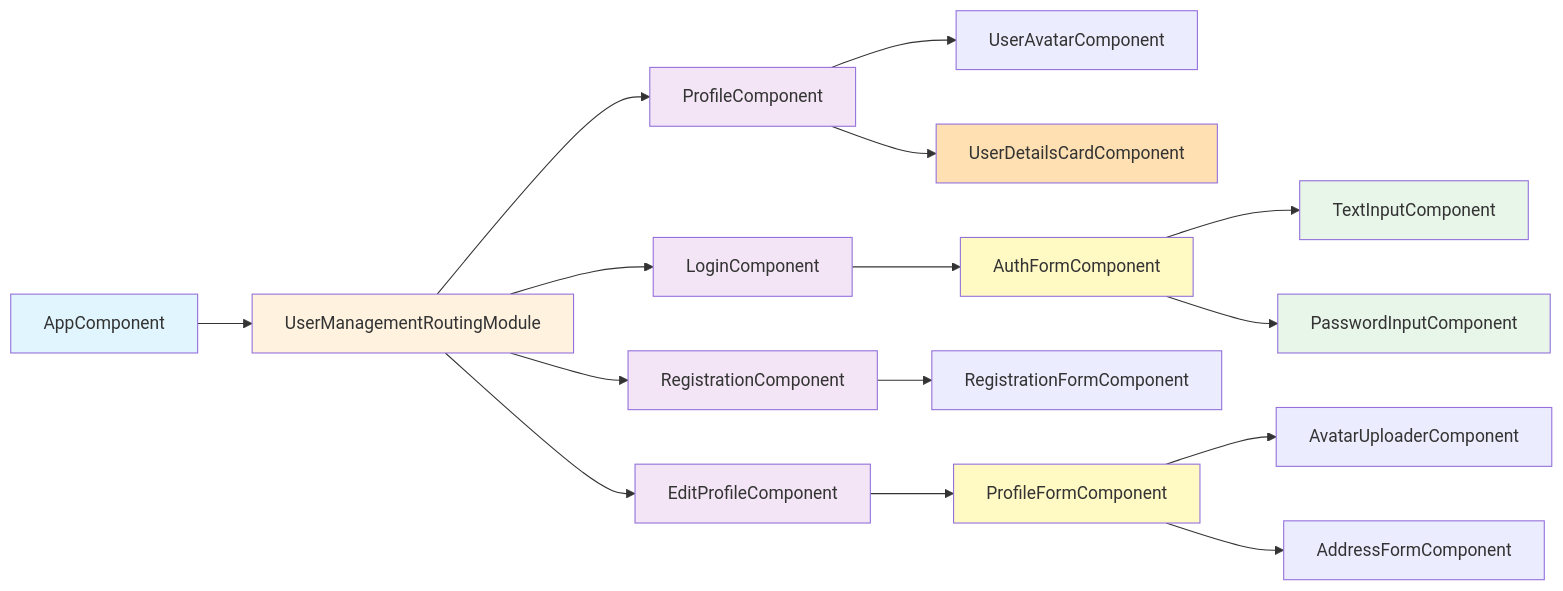
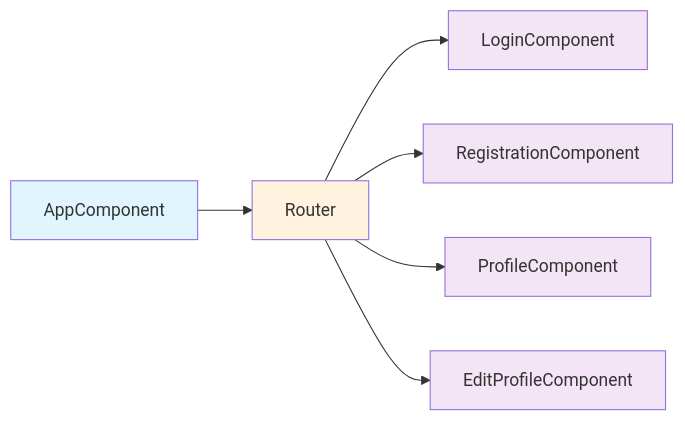
Before and after one commit to bprof-spec-codes/codelingo: the first of 3 diagrams in docs/frontend/user-management-components.md, drawn with Mermaid. The commit also changed other lines of this file, not shown here.

Commit message:
updated User Management Components doc

````diff
--- a/docs/frontend/user-management-components.md
+++ b/docs/frontend/user-management-components.md
@@ -17,28 +17,14 @@
 ```mermaid
 graph LR
-App[AppComponent] --> UM_Routing[UserManagementRoutingModule]
+App[AppComponent] --> UM_Routing[Router]
 UM_Routing --> Login[LoginComponent]
 UM_Routing --> Register[RegistrationComponent]
 UM_Routing --> Profile[ProfileComponent]
 UM_Routing --> EditProfile[EditProfileComponent]
-Profile --> UserAvatar[UserAvatarComponent]
-Profile --> UserDetailsCard[UserDetailsCardComponent]
-EditProfile --> ProfileForm[ProfileFormComponent]
-Register --> RegistrationForm[RegistrationFormComponent]
-Login --> AuthForm[AuthFormComponent]
-AuthForm --> TextInput[TextInputComponent]
-AuthForm --> PasswordInput[PasswordInputComponent]
-ProfileForm --> AvatarUploader[AvatarUploaderComponent]
-ProfileForm --> AddressForm[AddressFormComponent]
 style App fill:#e1f5ff
 style UM_Routing fill:#fff3e0
 style Login fill:#f3e5f5
 style Register fill:#f3e5f5
 style Profile fill:#f3e5f5
 style EditProfile fill:#f3e5f5
-style AuthForm fill:#fff9c4
-style ProfileForm fill:#fff9c4
-style TextInput fill:#e8f5e9
-style PasswordInput fill:#e8f5e9
-style UserDetailsCard fill:#ffe0b2
 ```
````
